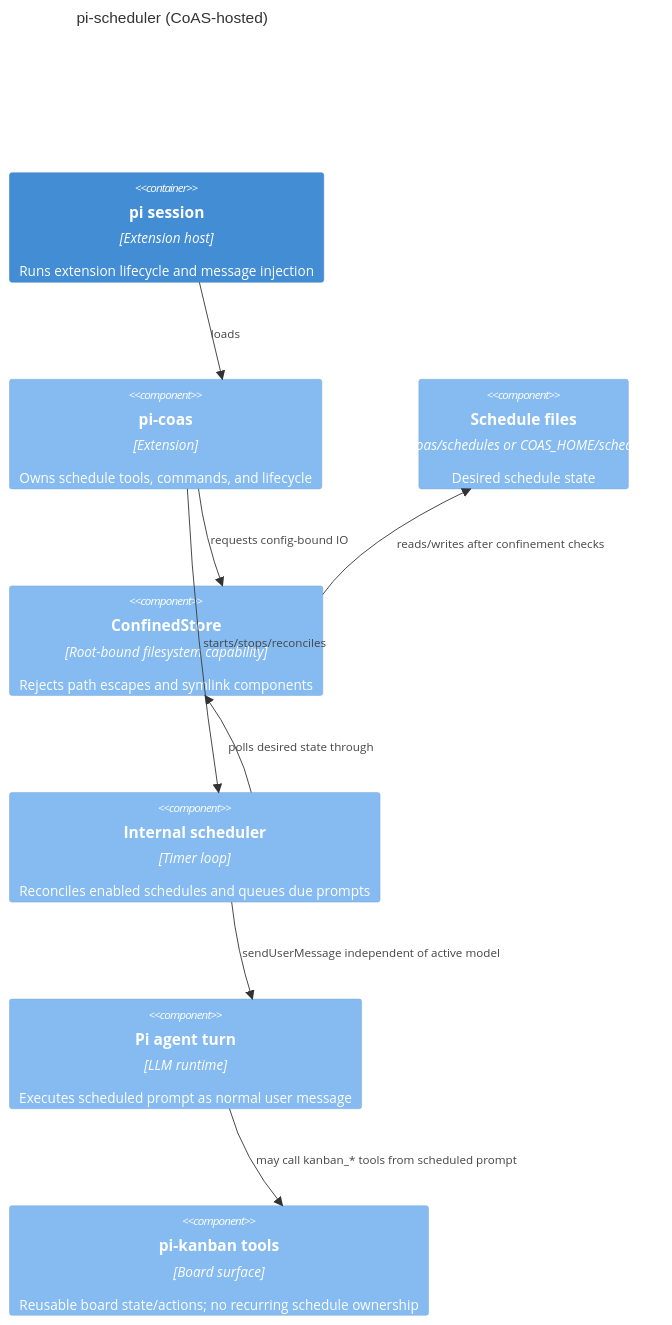
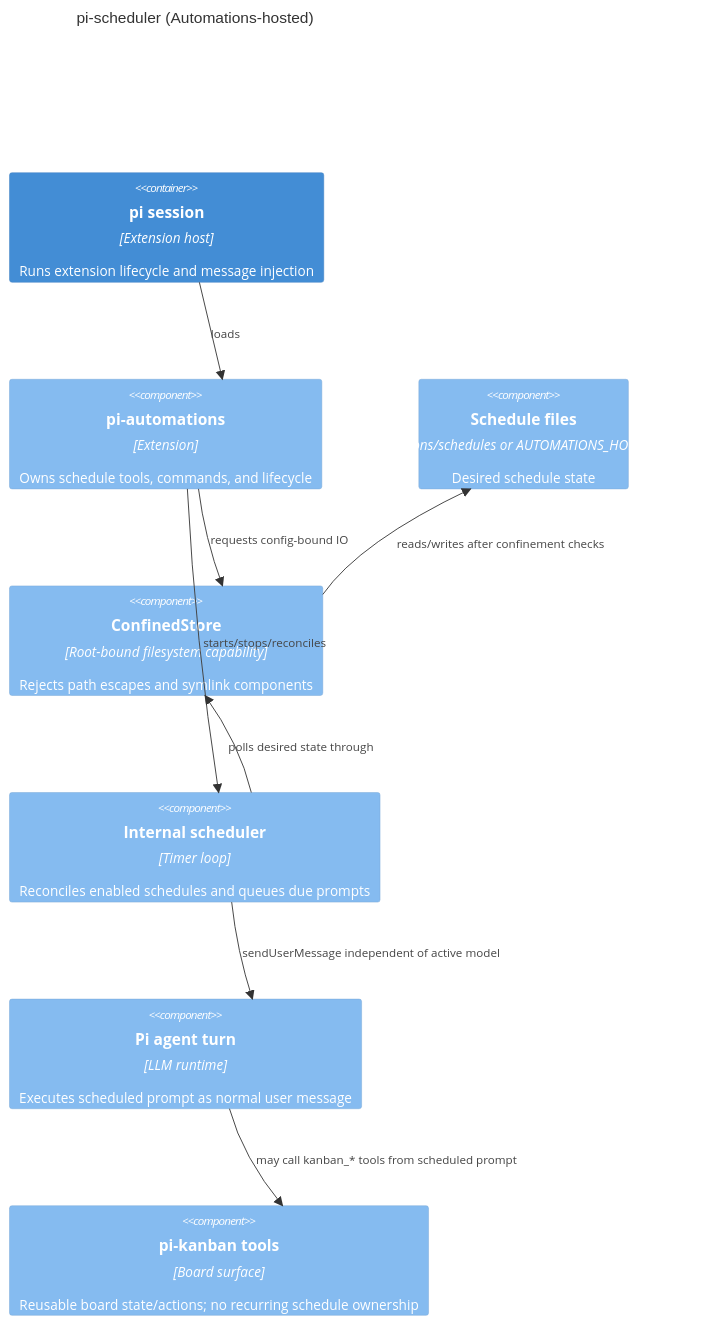
One commit to tS7hKamAYL84j91/pi-tools-and-skills changed diagram 28 of 32 in docs/architecture.md. Above: the diagram before and after it, drawn with Mermaid. The commit also changed other lines of this file and 196 other files, not shown here.

First line of the commit message:
refactor!: rename pi-coas extension to pi-automations (hard cutover)

````diff
--- a/docs/architecture.md
+++ b/docs/architecture.md
@@ -866,18 +866,18 @@
 ```mermaid
 C4Component
-    title pi-scheduler (CoAS-hosted)
+    title pi-scheduler (Automations-hosted)
     Container(pi, "pi session", "Extension host", "Runs extension lifecycle and message injection")
-    Component(coas, "pi-coas", "Extension", "Owns schedule tools, commands, and lifecycle")
-    Component(files, "Schedule files", ".pi/coas/schedules or COAS_HOME/schedules", "Desired schedule state")
+    Component(automations, "pi-automations", "Extension", "Owns schedule tools, commands, and lifecycle")
+    Component(files, "Schedule files", ".pi/automations/schedules or AUTOMATIONS_HOME/schedules", "Desired schedule state")
     Component(store, "ConfinedStore", "Root-bound filesystem capability", "Rejects path escapes and symlink components")
     Component(scheduler, "Internal scheduler", "Timer loop", "Reconciles enabled schedules and queues due prompts")
     Component(agent, "Pi agent turn", "LLM runtime", "Executes scheduled prompt as normal user message")
     Component(kanban, "pi-kanban tools", "Board surface", "Reusable board state/actions; no recurring schedule ownership")
-    Rel(pi, coas, "loads")
-    Rel(coas, store, "requests config-bound IO")
+    Rel(pi, automations, "loads")
+    Rel(automations, store, "requests config-bound IO")
     Rel(store, files, "reads/writes after confinement checks")
-    Rel(coas, scheduler, "starts/stops/reconciles")
+    Rel(automations, scheduler, "starts/stops/reconciles")
     Rel(scheduler, store, "polls desired state through")
     Rel(scheduler, agent, "sendUserMessage independent of active model")
     Rel(agent, kanban, "may call kanban_* tools from scheduled prompt")
 ```
````
